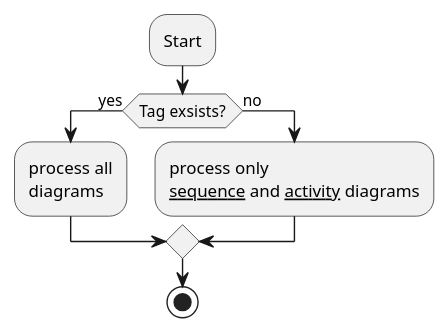
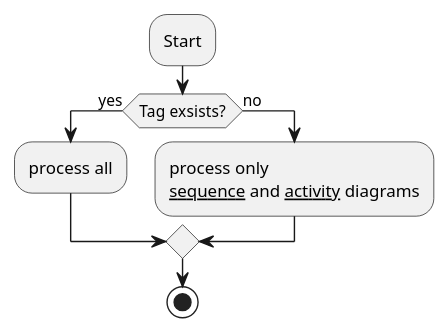
The seventh of 17 diagrams in tom/test.pu (irthomasthomas/Instagram-Machine-Learning-Random-Forest-Classifier), drawn with PlantUML before and after one commit. The commit also changed other lines of this file and 15 other files, not shown here.

```diff
--- a/tom/test.pu
+++ b/tom/test.pu
@@ -60,10 +178,10 @@
 @startuml
 :Start;
 if (Tag exsists?) then (yes)
-    :process all\ndiagrams;
+    :process all;
 else (no)
     :process only
     __sequence__ and __activity__ diagrams;
 endif
 stop
 @enduml
```
